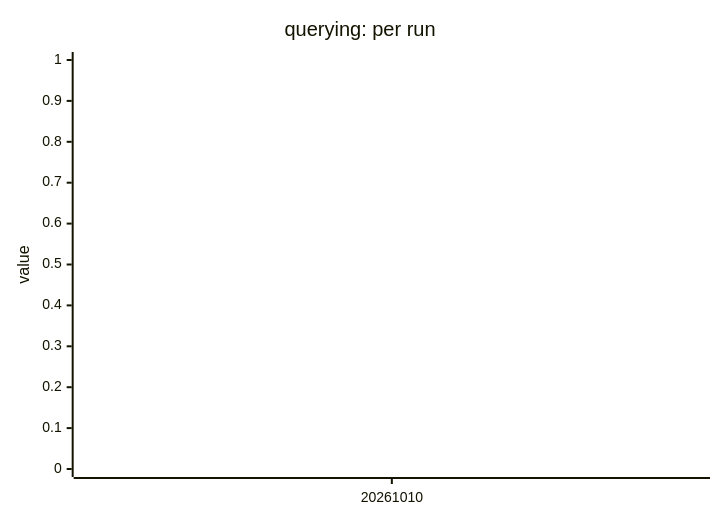
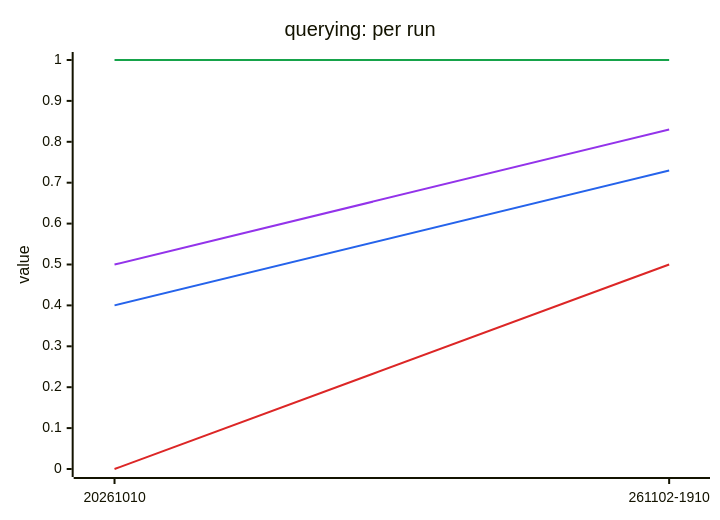
One commit to megagonlabs/blue-data-user-source changed the first of 2 diagrams in lib/tests/benchmarks/querying/results/README.md. Above: the diagram before and after it, drawn with Mermaid. The commit also changed other lines of this file and 5 other files, not shown here.

````diff
--- a/lib/tests/benchmarks/querying/results/README.md
+++ b/lib/tests/benchmarks/querying/results/README.md
@@ -31,11 +31,11 @@
 ```mermaid
 %%{init: {"themeVariables": {"xyChart": {"plotColorPalette": "#2563eb, #16a34a, #dc2626, #9333ea"}}}}%%
 xychart-beta
     title "querying: per run"
-    x-axis ["20261010"]
+    x-axis ["20261010", "261102-1910"]
     y-axis "value" 0 --> 1
-    line [0.40]
-    line [1.00]
-    line [0.00]
-    line [0.50]
+    line [0.40, 0.73]
+    line [1.00, 1.00]
+    line [0.00, 0.50]
+    line [0.50, 0.83]
 ```
````
